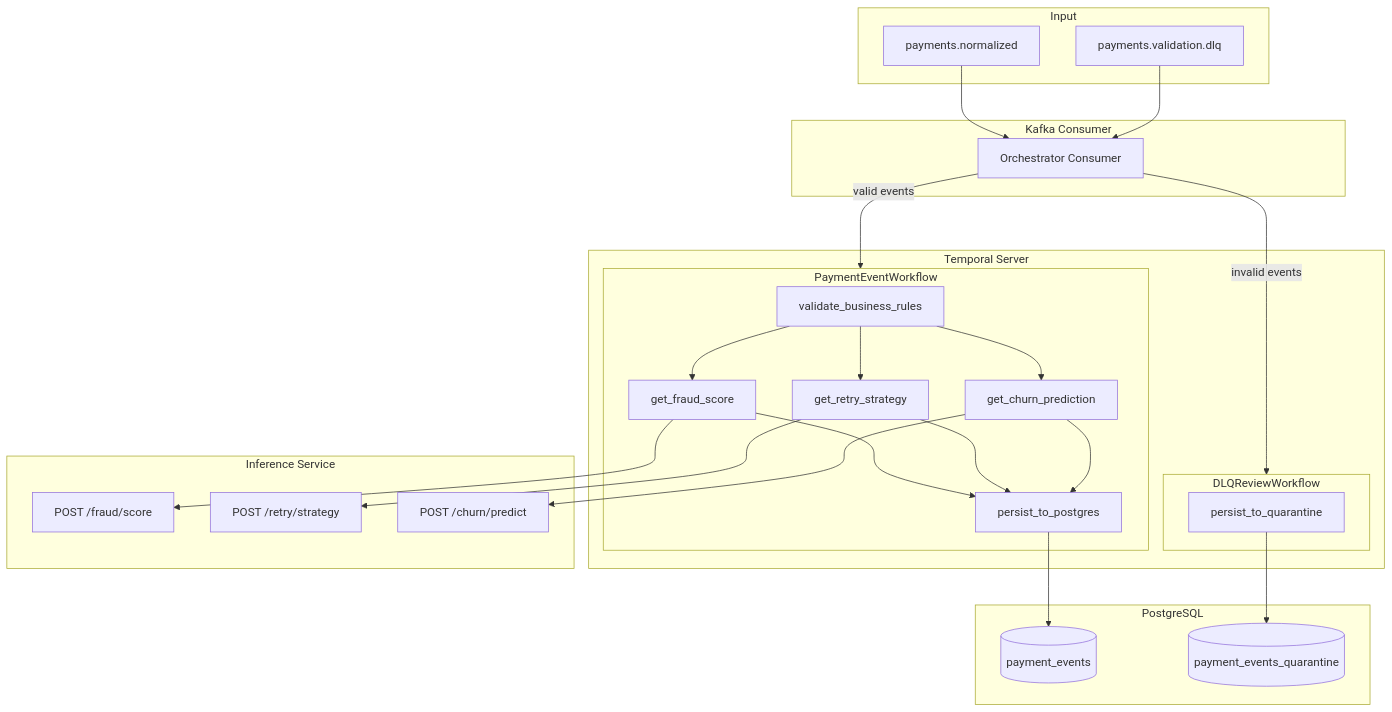
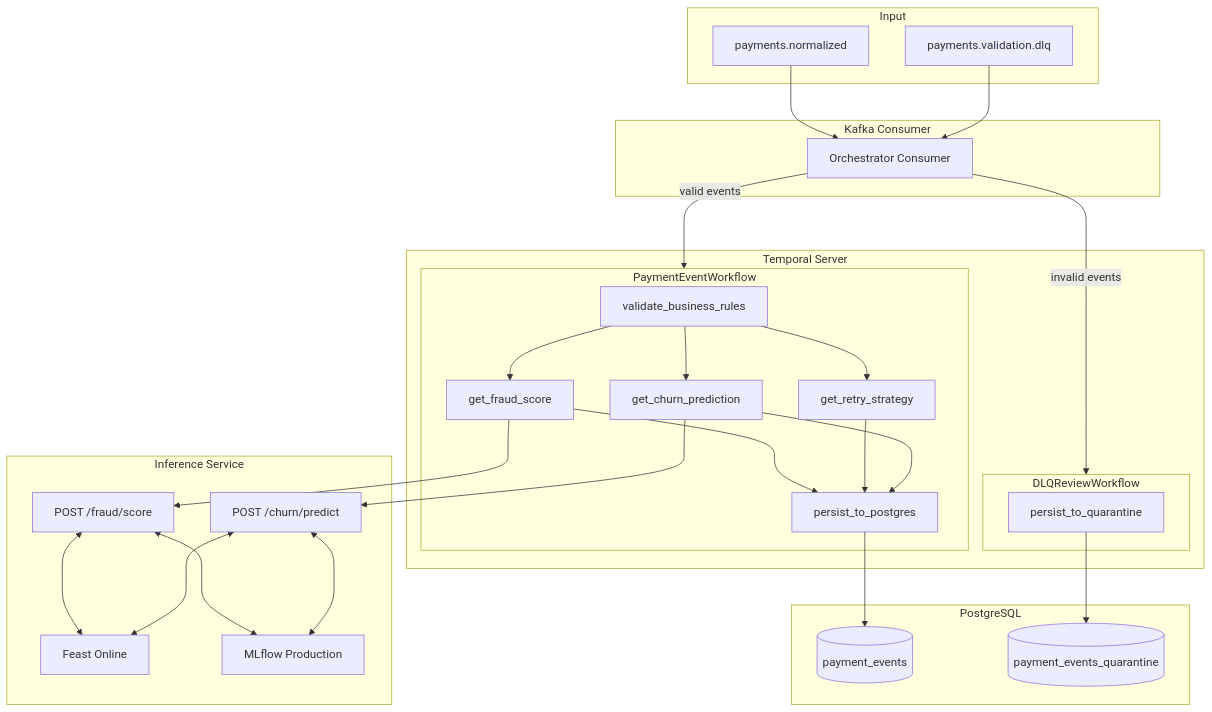
One commit to SDBurt/mlops-mentorship-project changed the fifth of 22 diagrams in docs/diagrams/architecture-diagrams.md. Above: the diagram before and after it, drawn with Mermaid. The commit also changed other lines of this file and 4 other files, not shown here.

````diff
--- a/docs/diagrams/architecture-diagrams.md
+++ b/docs/diagrams/architecture-diagrams.md
@@ -317,53 +334,57 @@
 ```mermaid
 flowchart TB
     subgraph Input["Input"]
         Kafka[payments.normalized]
         DLQ[payments.validation.dlq]
     end
 
     subgraph Consumer["Kafka Consumer"]
         KC[Orchestrator Consumer]
     end
 
     subgraph Temporal["Temporal Server"]
         subgraph PaymentWorkflow["PaymentEventWorkflow"]
             V[validate_business_rules]
             F[get_fraud_score]
             R[get_retry_strategy]
             C[get_churn_prediction]
             P[persist_to_postgres]
         end
         subgraph DLQWorkflow["DLQReviewWorkflow"]
             Q[persist_to_quarantine]
         end
     end
 
     subgraph Inference["Inference Service"]
         FS["POST /fraud/score"]
-        RS["POST /retry/strategy"]
         CS["POST /churn/predict"]
+        FST["Feast Online"]
+        REG["MLflow Production"]
     end
 
     subgraph Storage["PostgreSQL"]
         PE[(payment_events)]
         PQ[(payment_events_quarantine)]
     end
 
     Kafka --> KC
     DLQ --> KC
     KC -->|valid events| PaymentWorkflow
     KC -->|invalid events| DLQWorkflow
 
     V --> F
     F --> FS
     V --> R
-    R --> RS
     V --> C
     C --> CS
+    FS <--> FST
+    FS <--> REG
+    CS <--> FST
+    CS <--> REG
     F --> P
     R --> P
     C --> P
     P --> PE
 
     Q --> PQ
 ```
````
